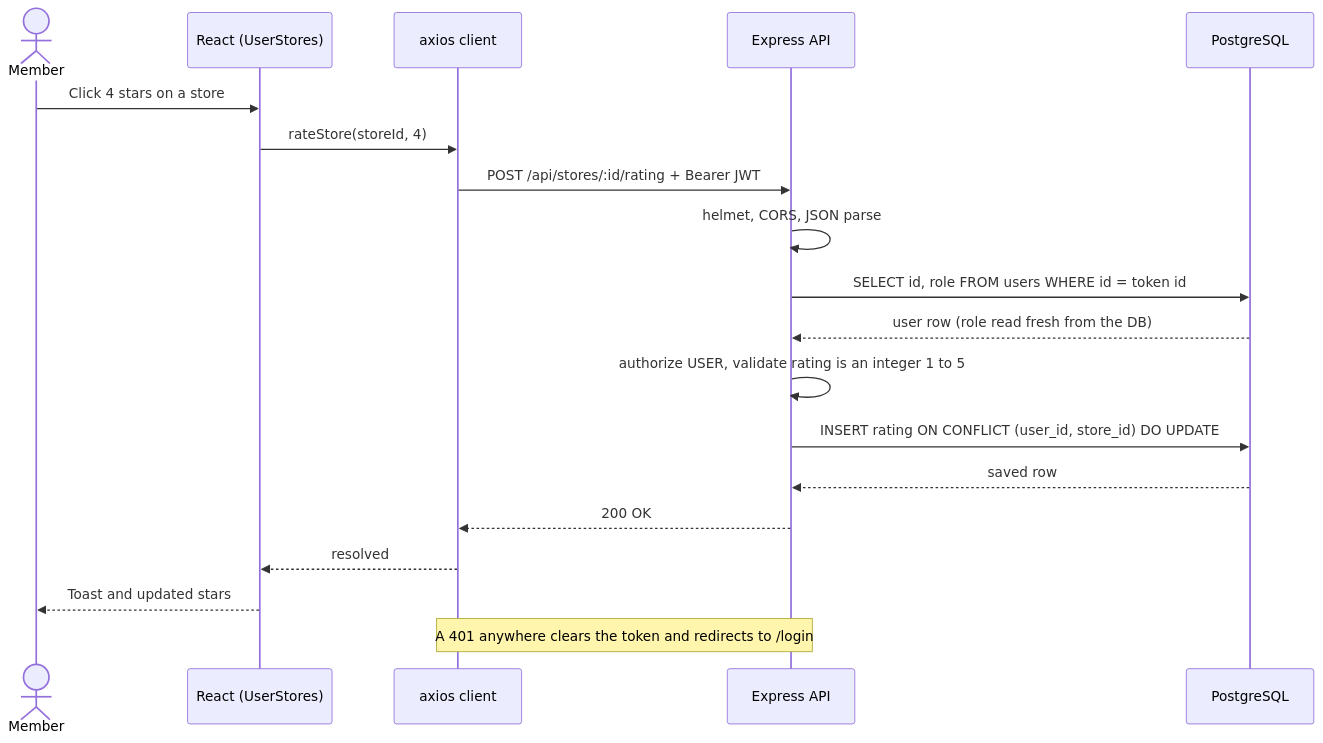
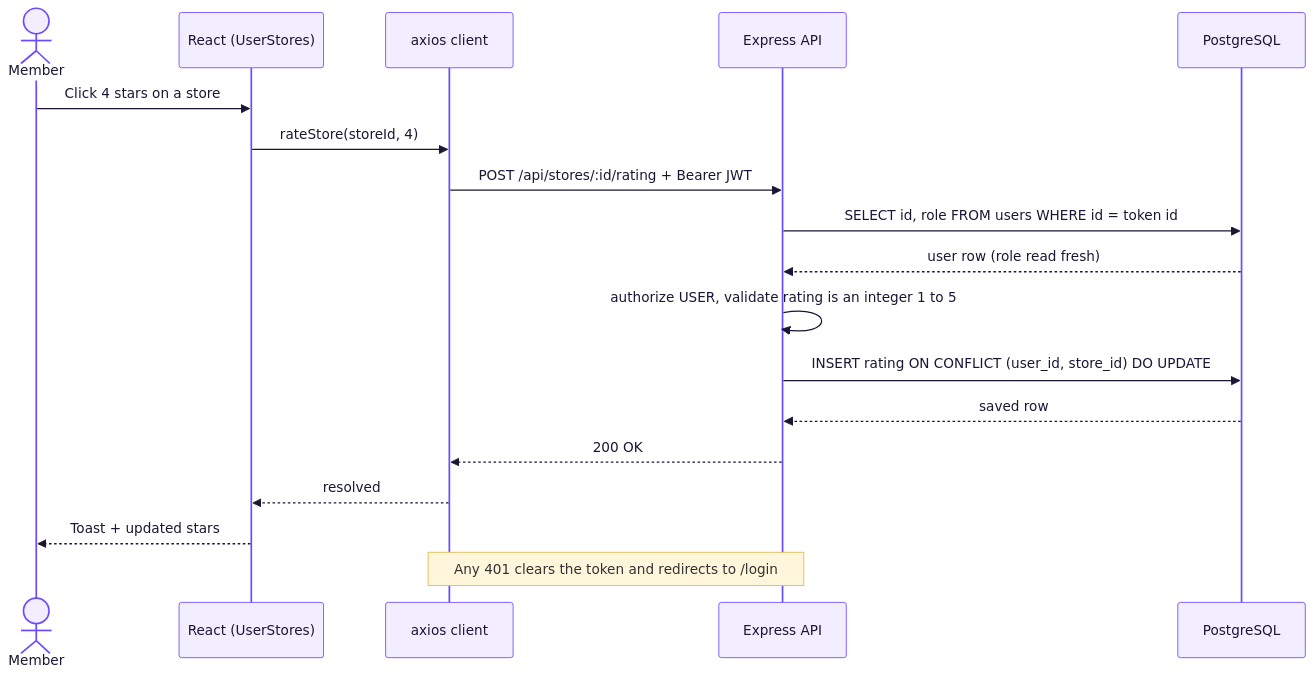
The second of 4 diagrams in README.md (shakibuddin677-shakib/roxiler-store-rating-system), drawn with Mermaid before and after one commit. The commit also changed other lines of this file, not shown here.

````diff
--- a/README.md
+++ b/README.md
@@ -118,22 +189,32 @@
 ```mermaid
+%%{init: {'theme':'base', 'themeVariables': {
+  'primaryColor': '#F3EEFF',
+  'primaryBorderColor': '#6d4aff',
+  'primaryTextColor': '#1b1633',
+  'lineColor': '#8b5cf6',
+  'actorBkg': '#F3EEFF',
+  'actorBorder': '#6d4aff',
+  'noteBkgColor': '#FFF6DB',
+  'noteBorderColor': '#E0B84A',
+  'fontSize': '14px'
+}}}%%
 sequenceDiagram
     actor M as Member
     participant UI as React (UserStores)
     participant AX as axios client
     participant API as Express API
     participant DB as PostgreSQL
 
     M->>UI: Click 4 stars on a store
     UI->>AX: rateStore(storeId, 4)
     AX->>API: POST /api/stores/:id/rating + Bearer JWT
-    API->>API: helmet, CORS, JSON parse
     API->>DB: SELECT id, role FROM users WHERE id = token id
-    DB-->>API: user row (role read fresh from the DB)
+    DB-->>API: user row (role read fresh)
     API->>API: authorize USER, validate rating is an integer 1 to 5
     API->>DB: INSERT rating ON CONFLICT (user_id, store_id) DO UPDATE
     DB-->>API: saved row
     API-->>AX: 200 OK
     AX-->>UI: resolved
-    UI-->>M: Toast and updated stars
-    Note over AX,API: A 401 anywhere clears the token and redirects to /login
+    UI-->>M: Toast + updated stars
+    Note over AX,API: Any 401 clears the token and redirects to /login
 ```
````
